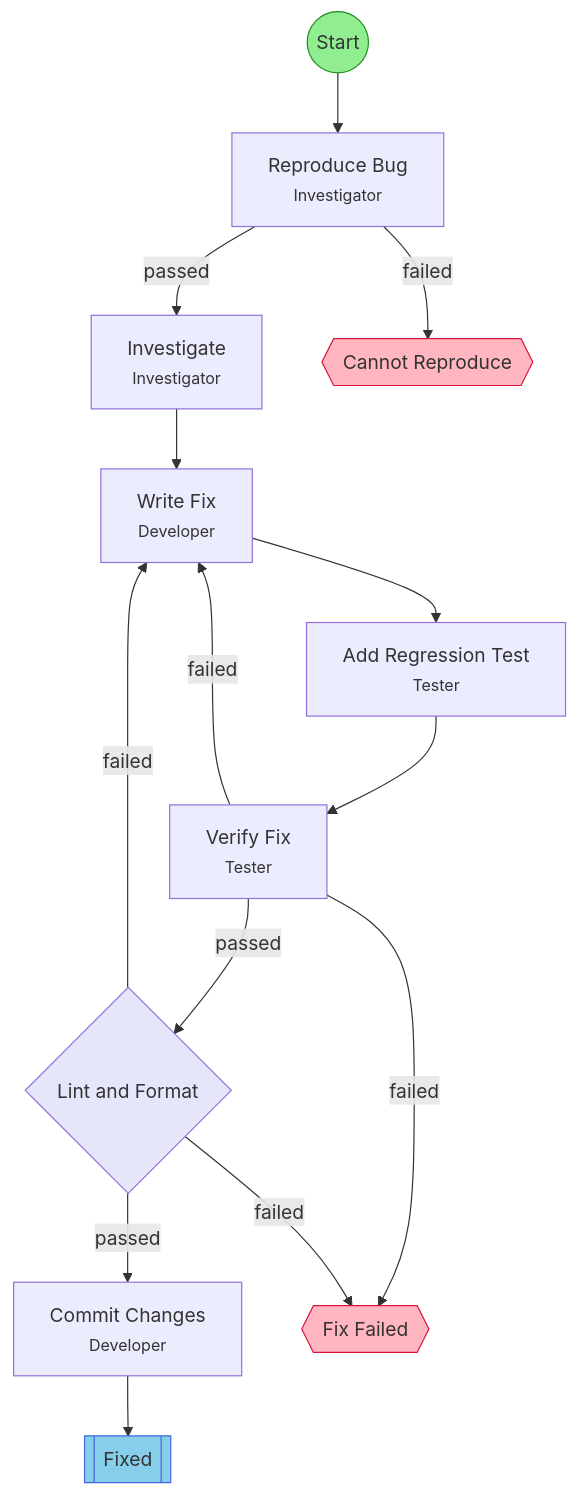
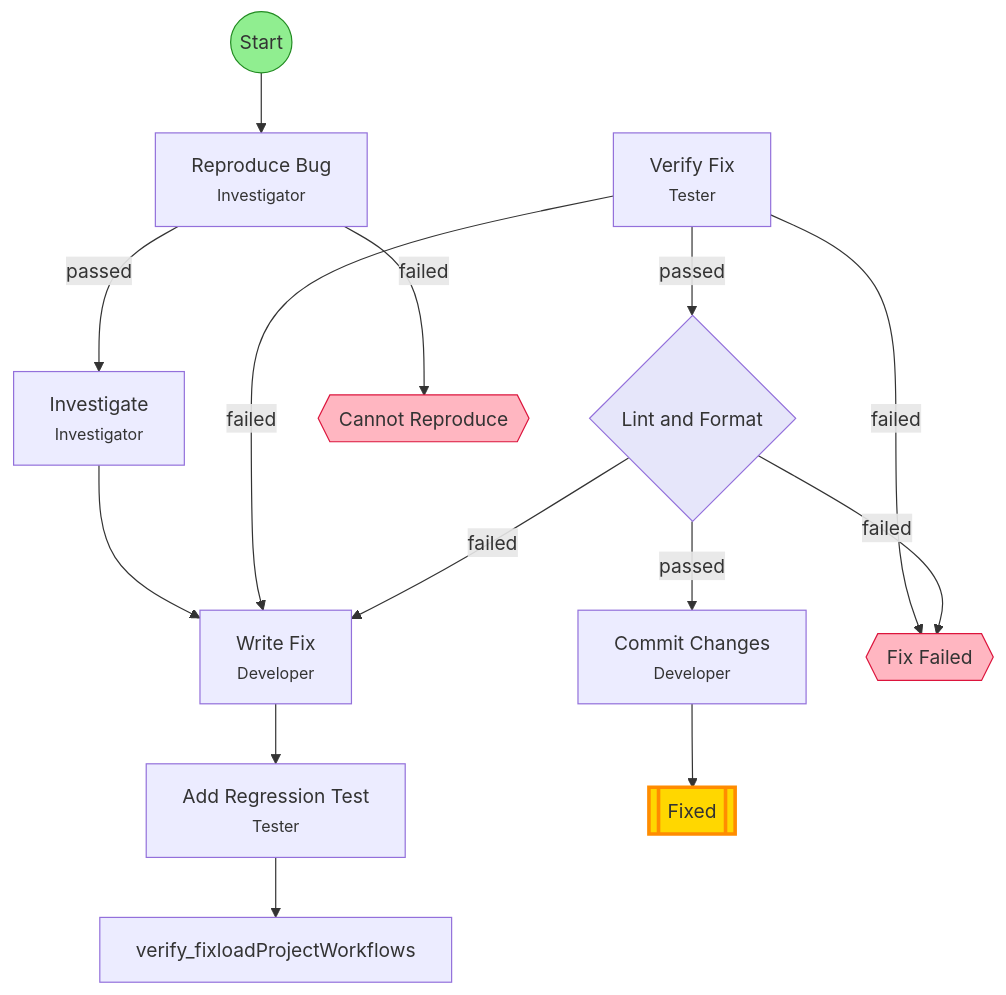
The diagram in .flow/diagrams/bug-fix.md (leclabs/agent-toolkit), drawn with Mermaid before and after one commit. The commit also changed other lines of this file and 45 other files, not shown here.

````diff
--- a/.flow/diagrams/bug-fix.md
+++ b/.flow/diagrams/bug-fix.md
@@ -7,38 +7,39 @@
 ```mermaid
 flowchart TD
     start(("Start"))
     reproduce["Reproduce Bug<br/><small>Investigator</small>"]
     investigate["Investigate<br/><small>Investigator</small>"]
     write_fix["Write Fix<br/><small>Developer</small>"]
     add_regression_test["Add Regression Test<br/><small>Tester</small>"]
     verify_fix["Verify Fix<br/><small>Tester</small>"]
     lint_format{"Lint and Format"}
     commit["Commit Changes<br/><small>Developer</small>"]
     end_success[["Fixed"]]
     hitl_cannot_reproduce{{"Cannot Reproduce"}}
     hitl_fix_failed{{"Fix Failed"}}
 
     start --> reproduce
     reproduce -->|passed| investigate
     reproduce -->|failed| hitl_cannot_reproduce
     investigate --> write_fix
     write_fix --> add_regression_test
-    add_regression_test --> verify_fix
+    add_regression_test --> verify_fixloadProjectWorkflows
     verify_fix -->|failed| write_fix
     verify_fix -->|failed| hitl_fix_failed
     verify_fix -->|passed| lint_format
     lint_format -->|passed| commit
     lint_format -->|failed| write_fix
     lint_format -->|failed| hitl_fix_failed
     commit --> end_success
 
     classDef startStep fill:#90EE90,stroke:#228B22
     classDef successStep fill:#87CEEB,stroke:#4169E1
     classDef hitlStep fill:#FFB6C1,stroke:#DC143C
     classDef gateStep fill:#E6E6FA,stroke:#9370DB
     classDef currentStep fill:#FFD700,stroke:#FF8C00,stroke-width:3px
     class start startStep
     class end_success successStep
     class hitl_cannot_reproduce,hitl_fix_failed hitlStep
     class lint_format gateStep
+    class end_success currentStep
 ```
````
